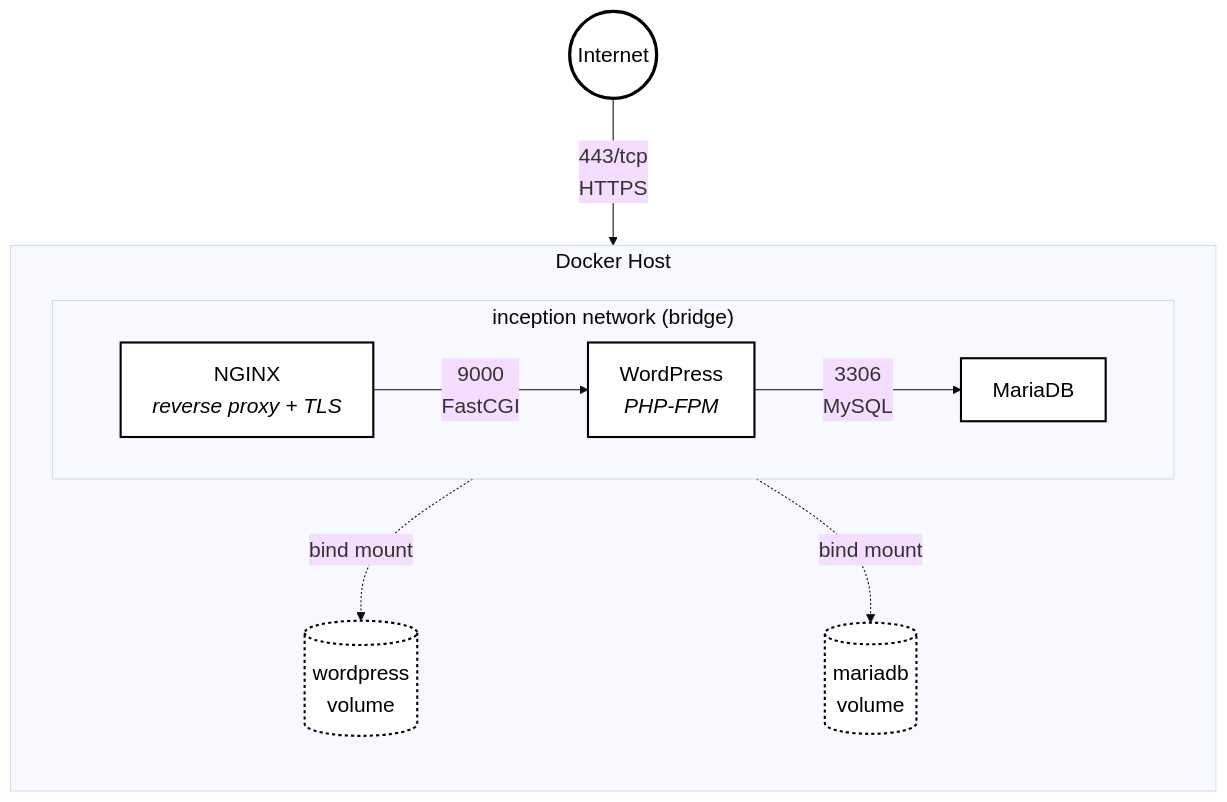
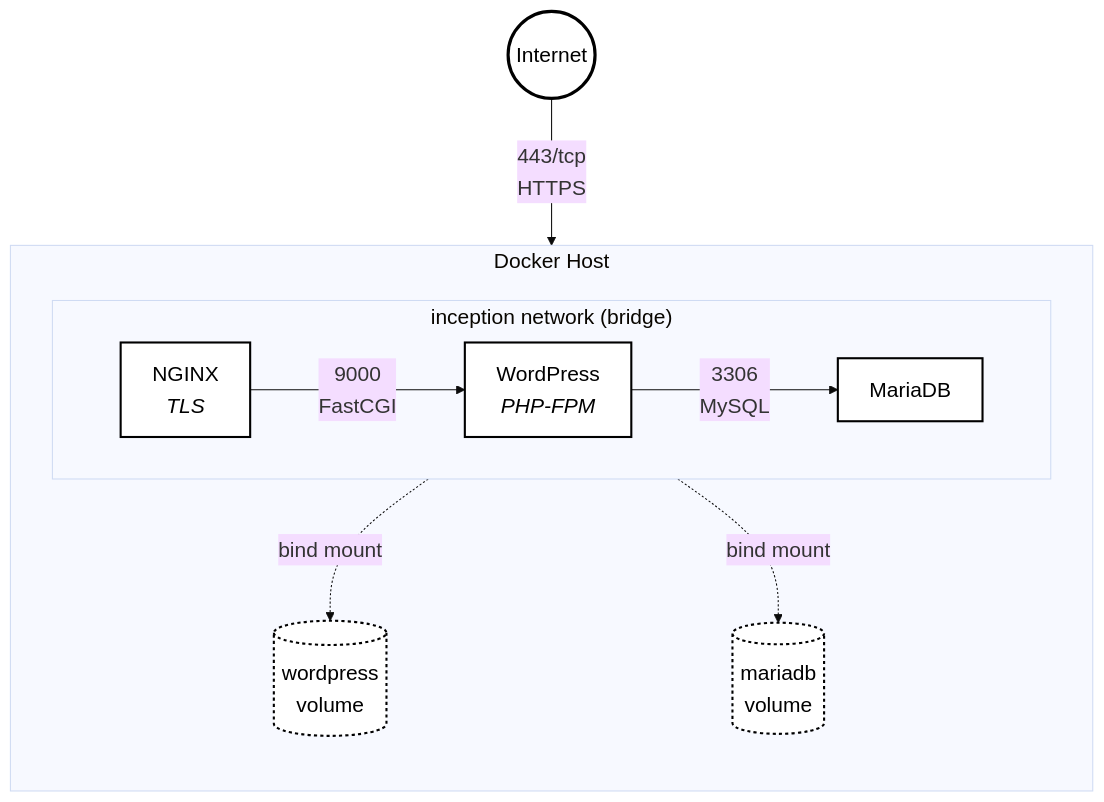
One commit to elel-m-b/Inception changed the diagram in README.md. Above: the diagram before and after it, drawn with Mermaid. The commit also changed other lines of this file and 9 other files, not shown here.

````diff
--- a/README.md
+++ b/README.md
@@ -21,35 +21,35 @@
 ```mermaid
 %%{init: {'theme': 'base', 'themeVariables': {'fontSize': '20px'}, 'flowchart': {'nodeSpacing': 60, 'rankSpacing': 80, 'htmlLabels': true}}}%%
 flowchart TB
     WWW(("Internet"))
 
     subgraph HOST["Docker Host"]
         direction TB
 
         subgraph NETWORK["inception network (bridge)"]
             direction LR
-            NGINX["NGINX<br/><i>reverse proxy + TLS</i>"]
+            NGINX["NGINX<br/><i>TLS</i>"]
             WP["WordPress<br/><i>PHP-FPM</i>"]
             DB["MariaDB"]
 
             NGINX -->|"9000<br/>FastCGI"| WP
             WP -->|"3306<br/>MySQL"| DB
         end
 
         WP_VOL[("wordpress<br/>volume")]
         DB_VOL[("mariadb<br/>volume")]
 
         WP -.->|bind mount| WP_VOL
         DB -.->|bind mount| DB_VOL
     end
 
     WWW -->|"443/tcp<br/>HTTPS"| NGINX
 
     classDef container fill:#ffffff,stroke:#000000,stroke-width:2px,color:#000000
     classDef volume fill:#ffffff,stroke:#000000,stroke-width:2px,color:#000000,stroke-dasharray: 3 3
     classDef external fill:#ffffff,stroke:#000000,stroke-width:3px,color:#000000
 
     class NGINX,WP,DB container
     class WP_VOL,DB_VOL volume
     class WWW external
 ```
````
